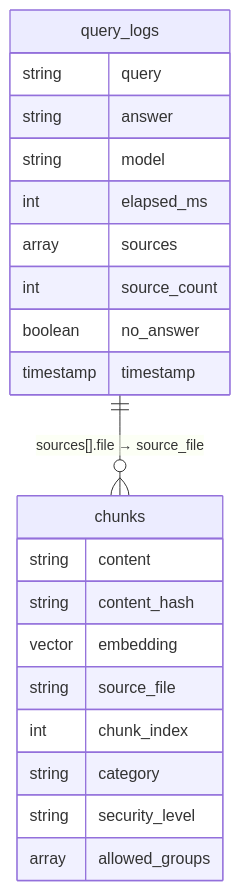
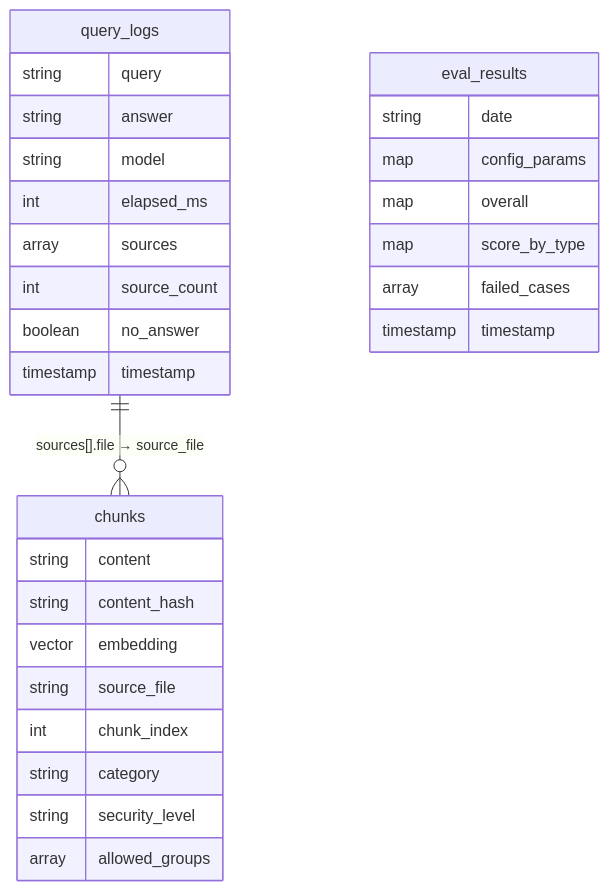
One commit to ishimori/poc_rag_gcp_public changed the diagram in doc/spec/app/database.md. Above: the diagram before and after it, drawn with Mermaid. The commit also changed other lines of this file and 4 other files, not shown here.

Commit message:
DD-012 完了: PH6 他DD変更反映（eval_results, header_injection, Compare機能）

````diff
--- a/doc/spec/app/database.md
+++ b/doc/spec/app/database.md
@@ -101,26 +129,35 @@
 ```mermaid
 erDiagram
     chunks {
         string content
         string content_hash
         vector embedding
         string source_file
         int chunk_index
         string category
         string security_level
         array allowed_groups
     }
 
     query_logs {
         string query
         string answer
         string model
         int elapsed_ms
         array sources
         int source_count
         boolean no_answer
         timestamp timestamp
     }
 
+    eval_results {
+        string date
+        map config_params
+        map overall
+        map score_by_type
+        array failed_cases
+        timestamp timestamp
+    }
+
     query_logs ||--o{ chunks : "sources[].file → source_file"
 ```
````
